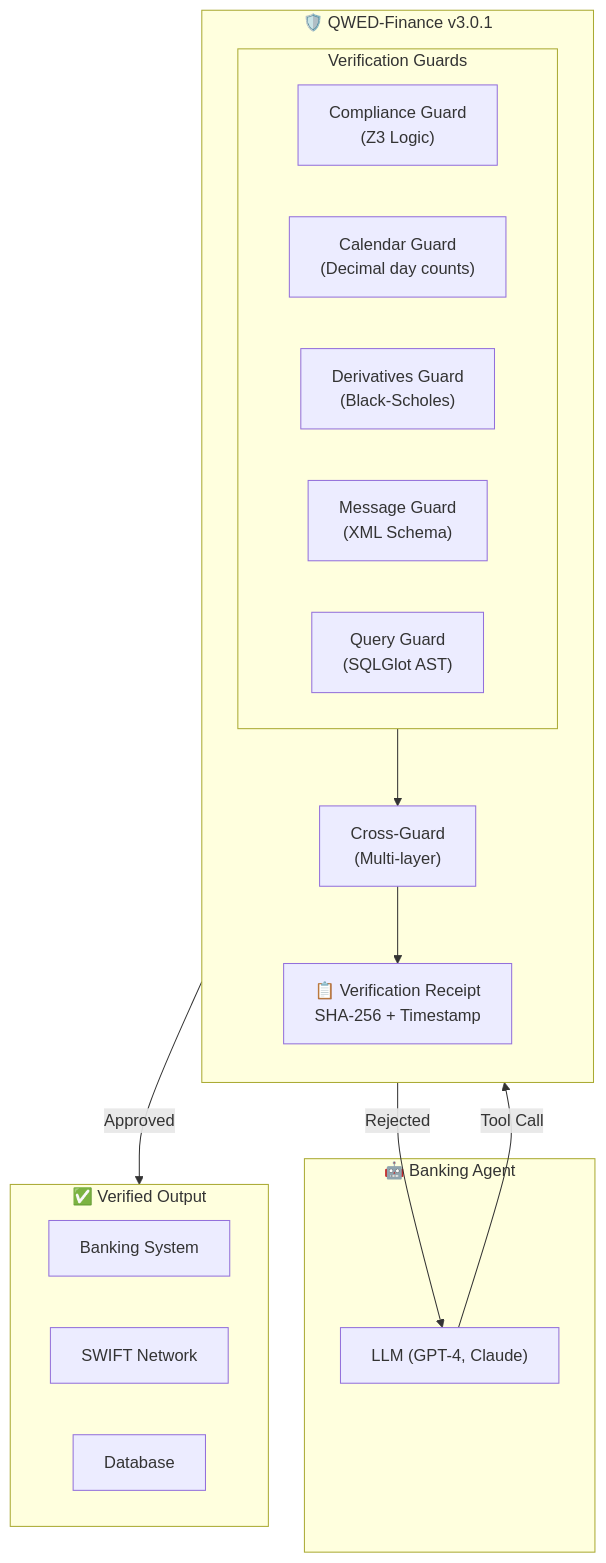
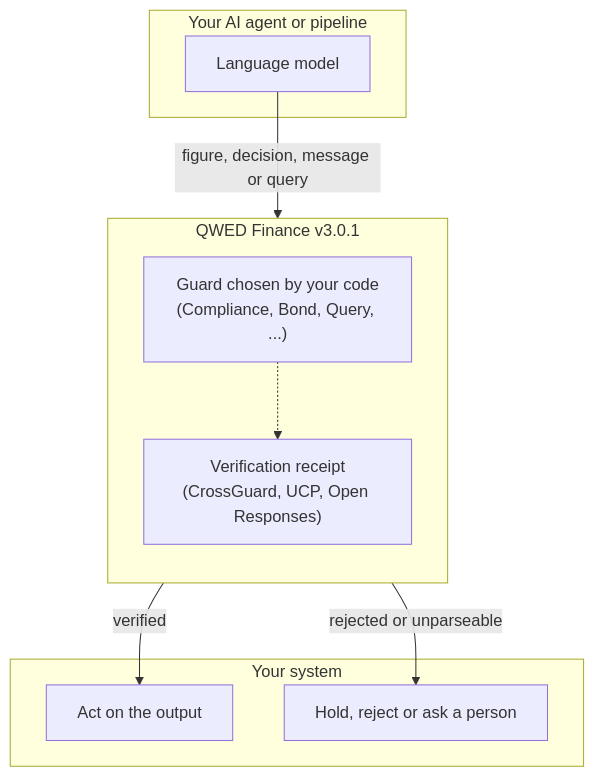
The first of 2 diagrams in finance/overview.mdx (QWED-AI/qwed-finance-docs), drawn with Mermaid before and after one commit. The commit also changed other lines of this file and 13 other files, not shown here.

````diff
--- a/finance/overview.mdx
+++ b/finance/overview.mdx
@@ -67,31 +73,22 @@
 ```mermaid
 flowchart TB
-    subgraph Agent["🤖 Banking Agent"]
-        LLM["LLM (GPT-4, Claude)"]
+    subgraph Agent["Your AI agent or pipeline"]
+        LLM["Language model"]
     end
-    
-    subgraph QWED["🛡️ QWED-Finance v3.0.1"]
+
+    subgraph QWED["QWED Finance v3.0.1"]
         direction TB
-        subgraph Guards["Verification Guards"]
-            CG["Compliance Guard<br/>(Z3 Logic)"]
-            CAL["Calendar Guard<br/>(Decimal day counts)"]
-            DG["Derivatives Guard<br/>(Black-Scholes)"]
-            MG["Message Guard<br/>(XML Schema)"]
-            QG["Query Guard<br/>(SQLGlot AST)"]
-        end
-        XG["Cross-Guard<br/>(Multi-layer)"]
-        Receipt["📋 Verification Receipt<br/>SHA-256 + Timestamp"]
+        Guards["Guard chosen by your code<br/>(Compliance, Bond, Query, ...)"]
+        Receipt["Verification receipt<br/>(CrossGuard, UCP, Open Responses)"]
     end
-    
-    subgraph Output["✅ Verified Output"]
-        Bank["Banking System"]
-        SWIFT["SWIFT Network"]
-        DB["Database"]
+
+    subgraph Yours["Your system"]
+        Act["Act on the output"]
+        Hold["Hold, reject or ask a person"]
     end
-    
-    LLM -->|"Tool Call"| Guards
-    Guards --> XG
-    XG --> Receipt
-    Receipt -->|"Approved"| Output
-    Receipt -->|"Rejected"| LLM
+
+    LLM -->|"figure, decision, message or query"| Guards
+    Guards -->|"verified"| Act
+    Guards -->|"rejected or unparseable"| Hold
+    Guards -.-> Receipt
 ```
````
